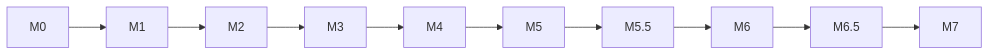
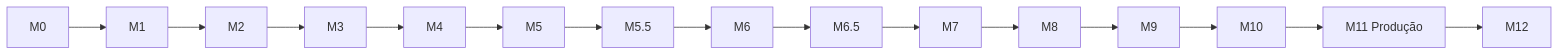
The diagram in docs/roadmap.md (IgorPacheco1/Easy-finance), drawn with Mermaid before and after one commit. The commit also changed other lines of this file and 3 other files, not shown here.

````diff
--- a/docs/roadmap.md
+++ b/docs/roadmap.md
@@ -277,4 +320,5 @@
 ```mermaid
 flowchart LR
     M0 --> M1 --> M2 --> M3 --> M4 --> M5 --> M55["M5.5"] --> M6 --> M65["M6.5"] --> M7
+    M7 --> M8 --> M9 --> M10 --> M11["M11 Produção"] --> M12
 ```
````
